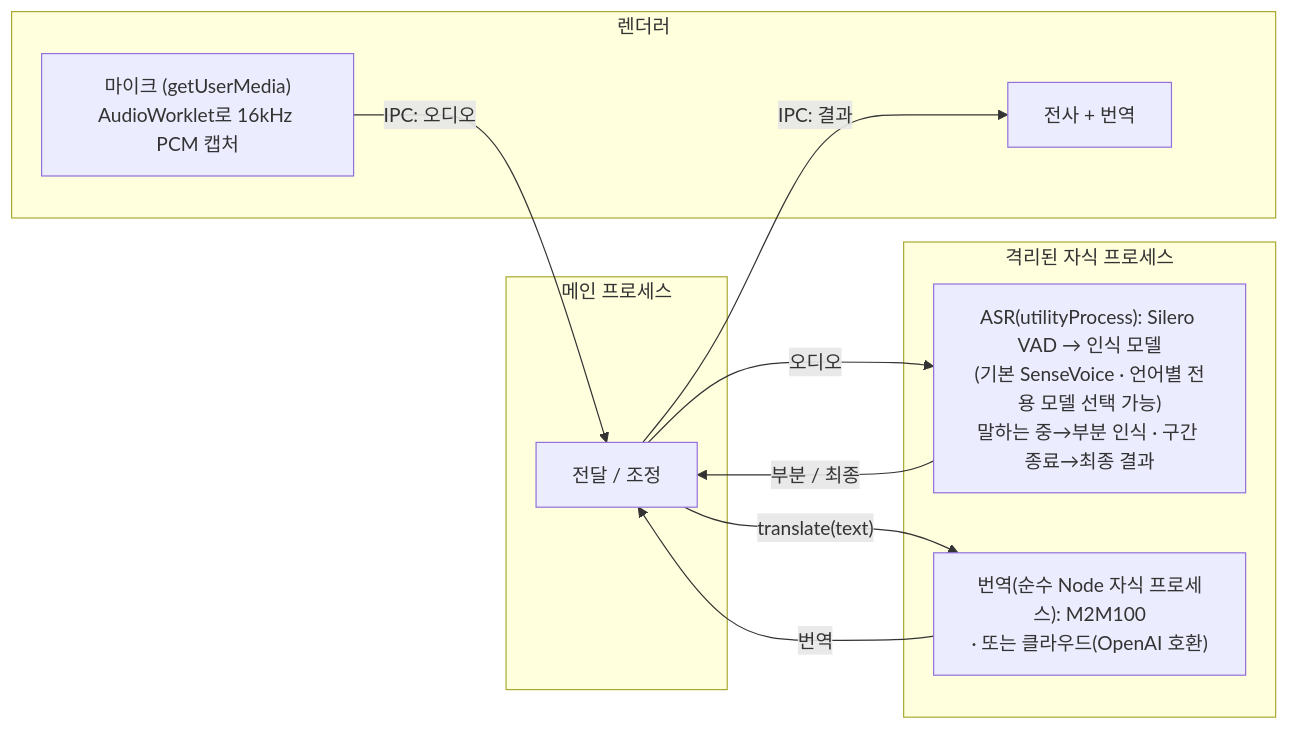
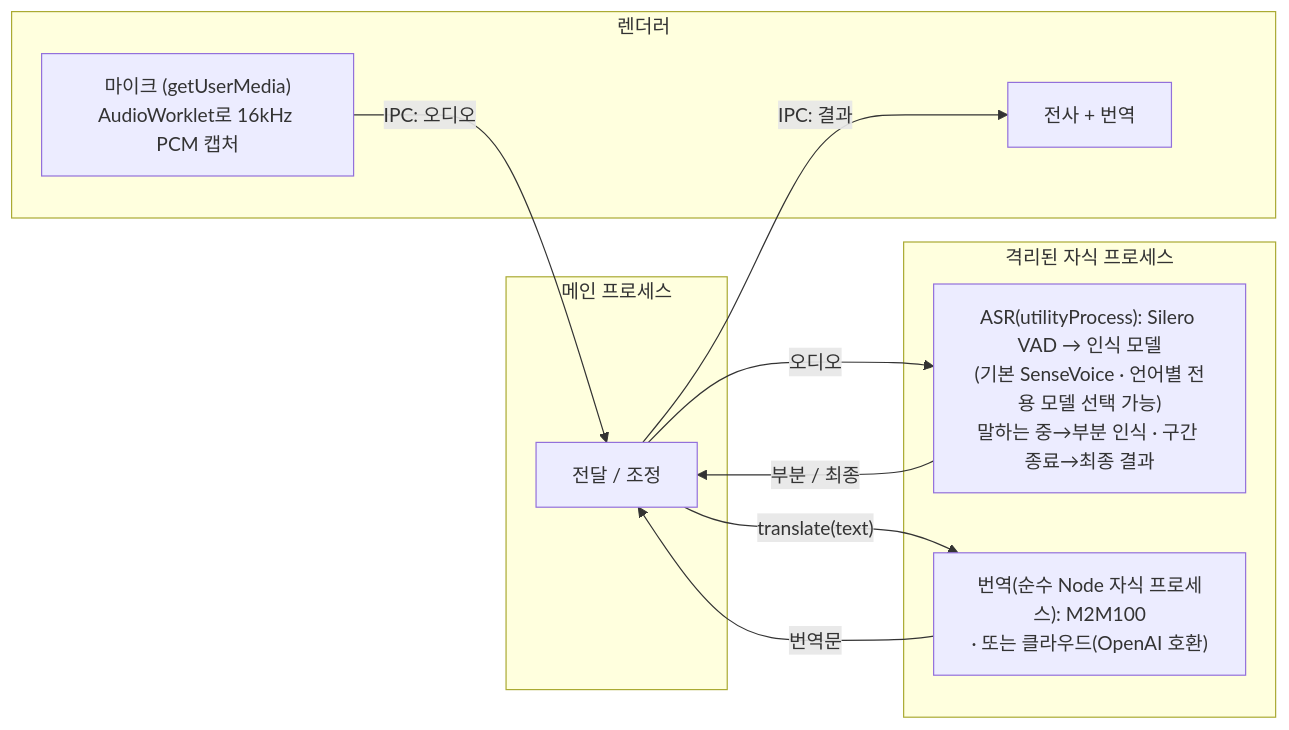
The diagram in README.ko.md (baijunjie/realtime-translator), drawn with Mermaid before and after one commit. The commit also changed other lines of this file and 3 other files, not shown here.

````diff
--- a/README.ko.md
+++ b/README.ko.md
@@ -119,20 +98,20 @@
 ```mermaid
 flowchart LR
   subgraph RENDER["렌더러"]
     MIC["마이크 (getUserMedia)<br/>AudioWorklet로 16kHz PCM 캡처"]
     UI["전사 + 번역"]
   end
   subgraph MAIN["메인 프로세스"]
     HUB["전달 / 조정"]
   end
   subgraph UTIL["격리된 자식 프로세스"]
     ASR["ASR(utilityProcess): Silero VAD → 인식 모델<br/>(기본 SenseVoice · 언어별 전용 모델 선택 가능)<br/>말하는 중→부분 인식 · 구간 종료→최종 결과"]
     TRANS["번역(순수 Node 자식 프로세스): M2M100<br/>· 또는 클라우드(OpenAI 호환)"]
   end
   MIC -- "IPC: 오디오" --> HUB
   HUB -- 오디오 --> ASR
   ASR -- "부분 / 최종" --> HUB
   HUB -- "translate(text)" --> TRANS
-  TRANS -- 번역 --> HUB
+  TRANS -- 번역문 --> HUB
   HUB -- "IPC: 결과" --> UI
 ```
````
